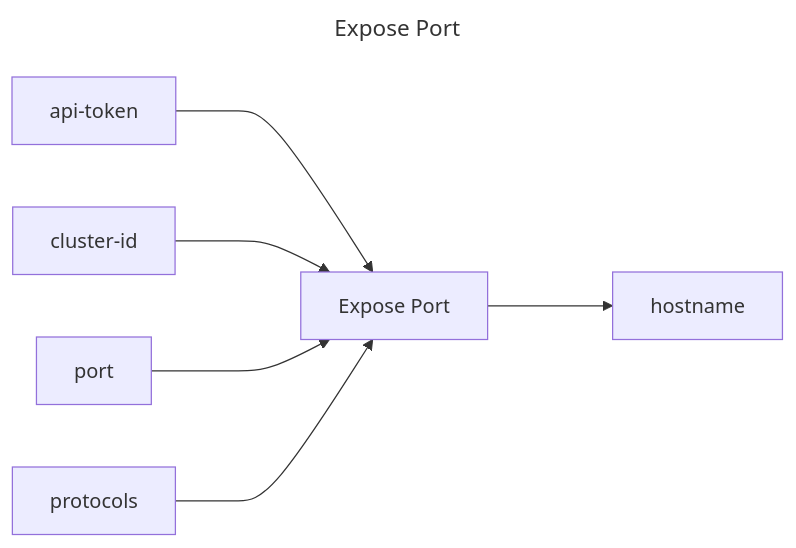
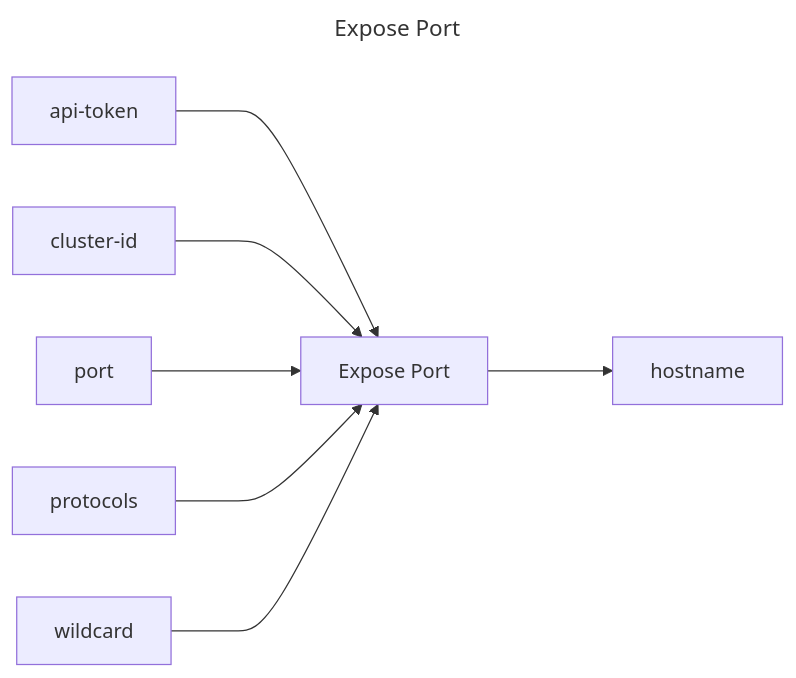
Before and after one commit to replicatedhq/replicated-actions: the diagram in expose-port/README.md, drawn with Mermaid. The commit also changed other lines of this file, not shown here.

Commit message:
Automated commit of npm build result and updated readme files

````diff
--- a/expose-port/README.md
+++ b/expose-port/README.md
@@ -3,17 +3,19 @@
 ```mermaid
 ---
 title: Expose Port
 ---
 graph LR
 expose_port["Expose Port"]
 api_token["api-token"]
 cluster_id["cluster-id"]
 port["port"]
 protocols["protocols"]
+wildcard["wildcard"]
 hostname["hostname"]
 api_token ---> expose_port
 cluster_id ---> expose_port
 port ---> expose_port
 protocols ---> expose_port
+wildcard ---> expose_port
 expose_port ---> hostname
 ```
````
